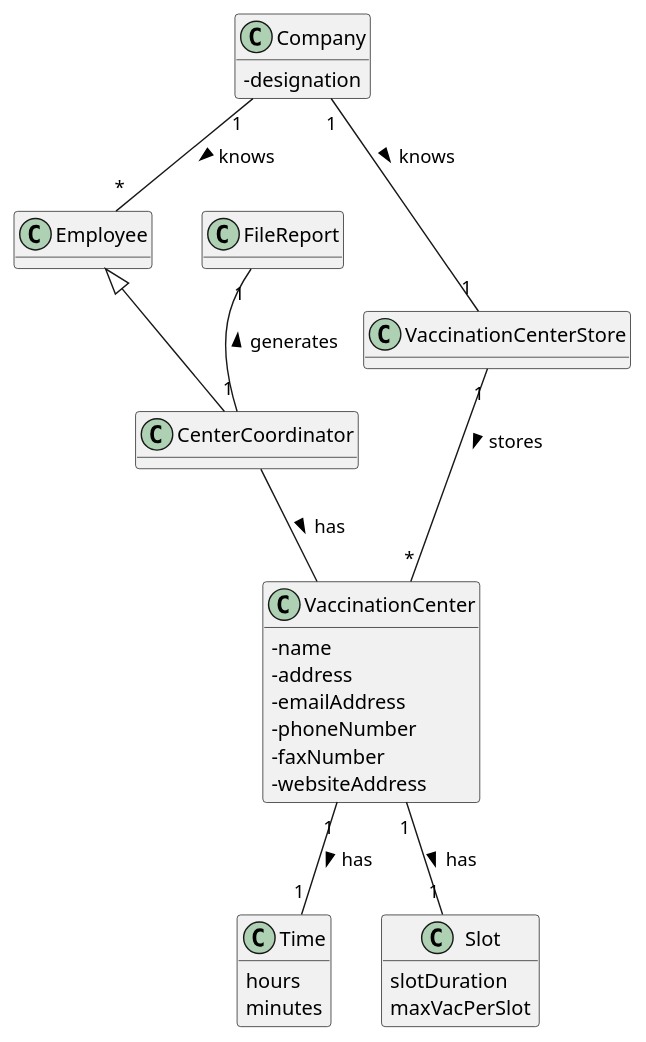
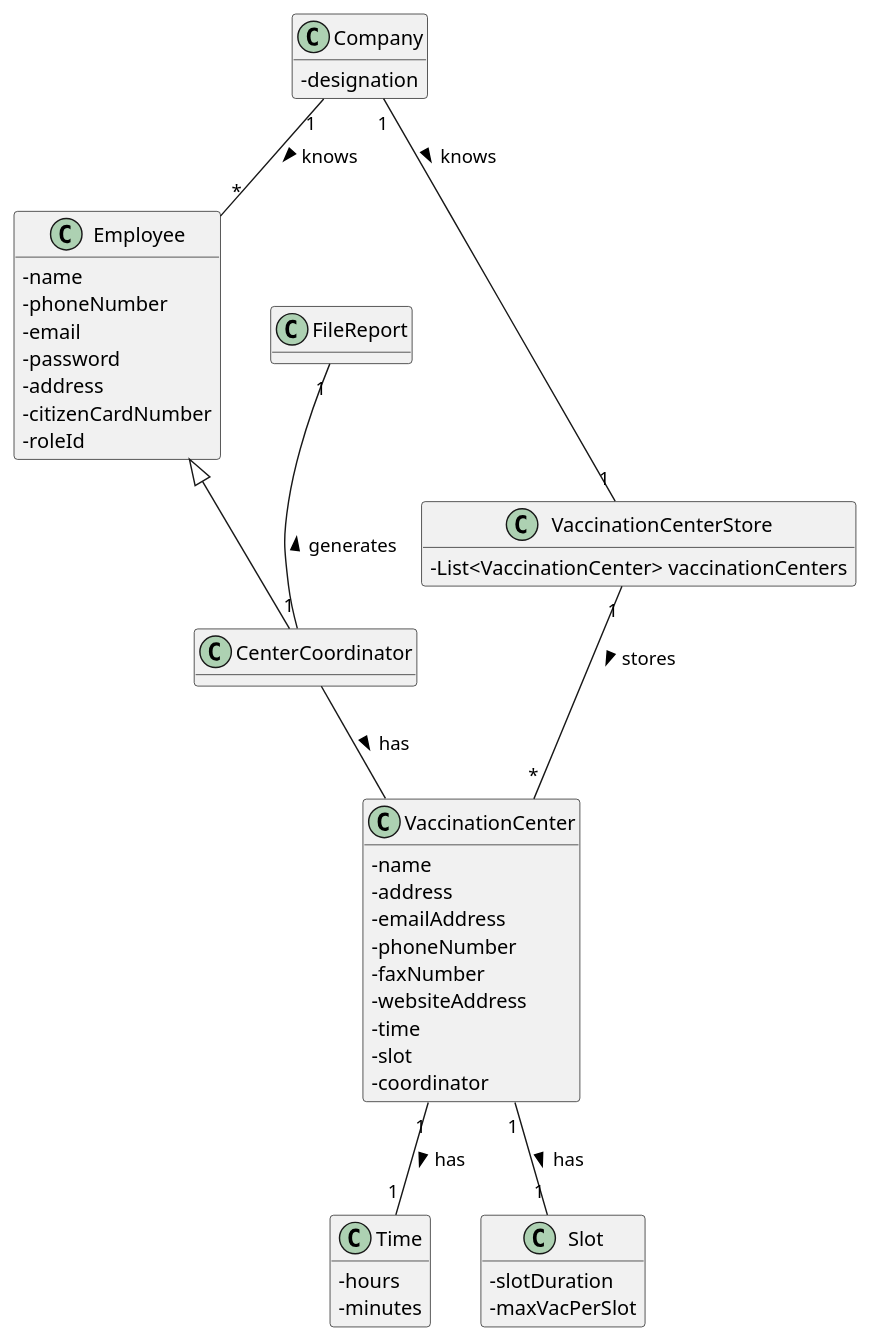
The diagram in docs/SprintD/US15/DM/US15_DM.puml (miseEnPlace-i/lapr2), drawn with PlantUML before and after one commit. The commit also changed 1 other file, not shown here.

```diff
--- a/docs/SprintD/US15/DM/US15_DM.puml
+++ b/docs/SprintD/US15/DM/US15_DM.puml
@@ -1,46 +1,59 @@
 @startuml US15_DM
 hide methods
 skinparam classAttributeIconSize 0
 
 class Company {
-    - designation
+  -designation
 }
 
 class CenterCoordinator {}
 
-class Employee {}
+class Employee {
+  -name
+  -phoneNumber
+  -email
+  -password
+  -address
+  -citizenCardNumber
+  -roleId
+}
 
 class VaccinationCenter{
   -name
   -address
   -emailAddress
   -phoneNumber
   -faxNumber
   -websiteAddress
+  -time
+  -slot
+  -coordinator
 }
 
-class VaccinationCenterStore {}
+class VaccinationCenterStore {
+  -List<VaccinationCenter> vaccinationCenters
+}
 
 class Time {
-  hours
-  minutes
+  -hours
+  -minutes
 }
 
 class Slot {
-  slotDuration
-  maxVacPerSlot
+  -slotDuration
+  -maxVacPerSlot
 }
 
 class FileReport {}
 
 Company "1" -- "*" Employee : knows >
 Employee <|-- CenterCoordinator
 CenterCoordinator -- VaccinationCenter : has >
 VaccinationCenter "1" -- "1" Time : has >
 VaccinationCenter "1"-- "1" Slot : has >
 VaccinationCenterStore "1" -- "*" VaccinationCenter : stores >
 Company "1" -- "1" VaccinationCenterStore : knows >
 FileReport "1" -- "1" CenterCoordinator : generates <
 
 
 @enduml
```
